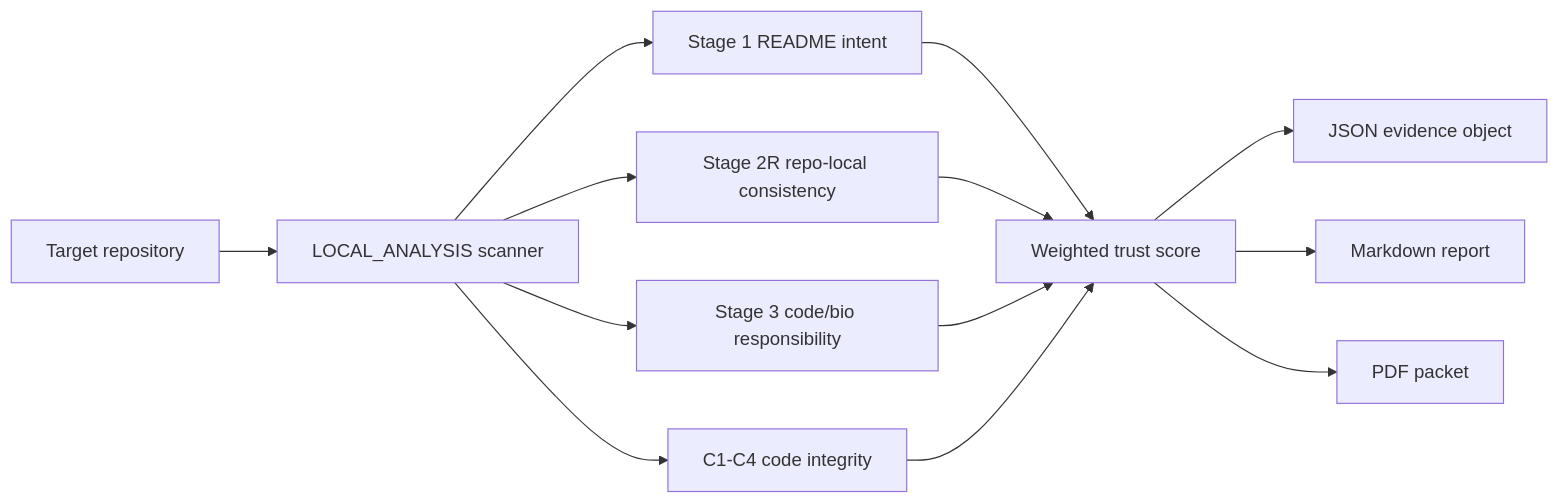
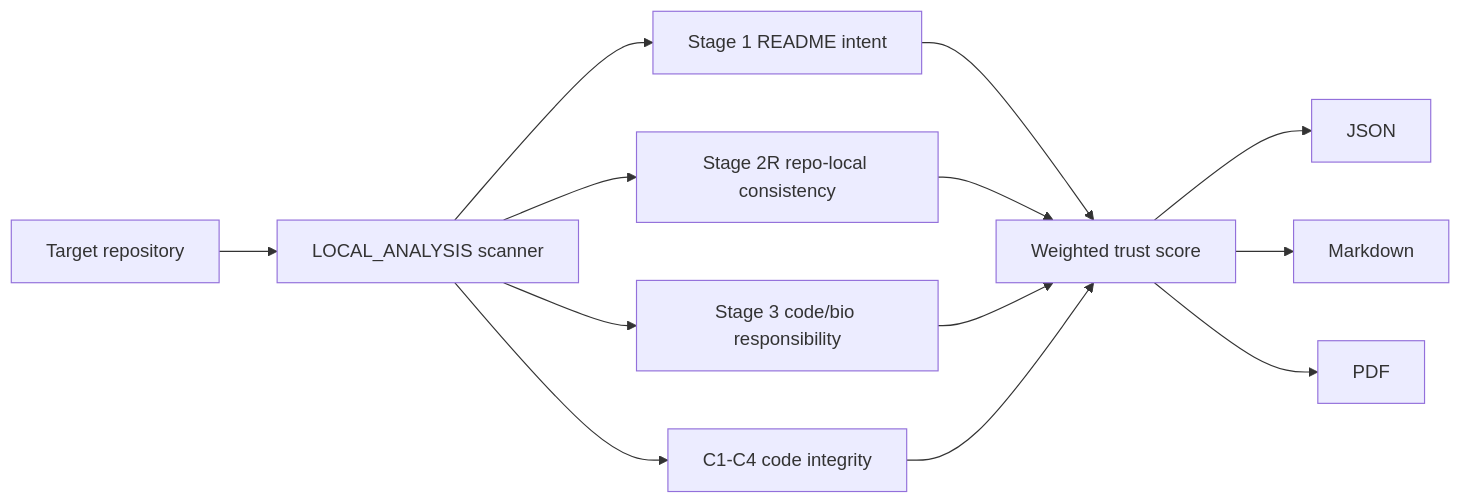
The diagram in README.md (flamehaven01/STEM-BIO-AI), drawn with Mermaid before and after one commit. The commit also changed other lines of this file, not shown here.

````diff
--- a/README.md
+++ b/README.md
@@ -179,15 +149,15 @@
 ```mermaid
 flowchart LR
     A[Target repository] --> B[LOCAL_ANALYSIS scanner]
     B --> C[Stage 1 README intent]
     B --> D[Stage 2R repo-local consistency]
     B --> E[Stage 3 code/bio responsibility]
     B --> F[C1-C4 code integrity]
     C --> G[Weighted trust score]
     D --> G
     E --> G
     F --> G
-    G --> H[JSON evidence object]
-    G --> I[Markdown report]
-    G --> J[PDF packet]
+    G --> H[JSON]
+    G --> I[Markdown]
+    G --> J[PDF]
 ```
````
